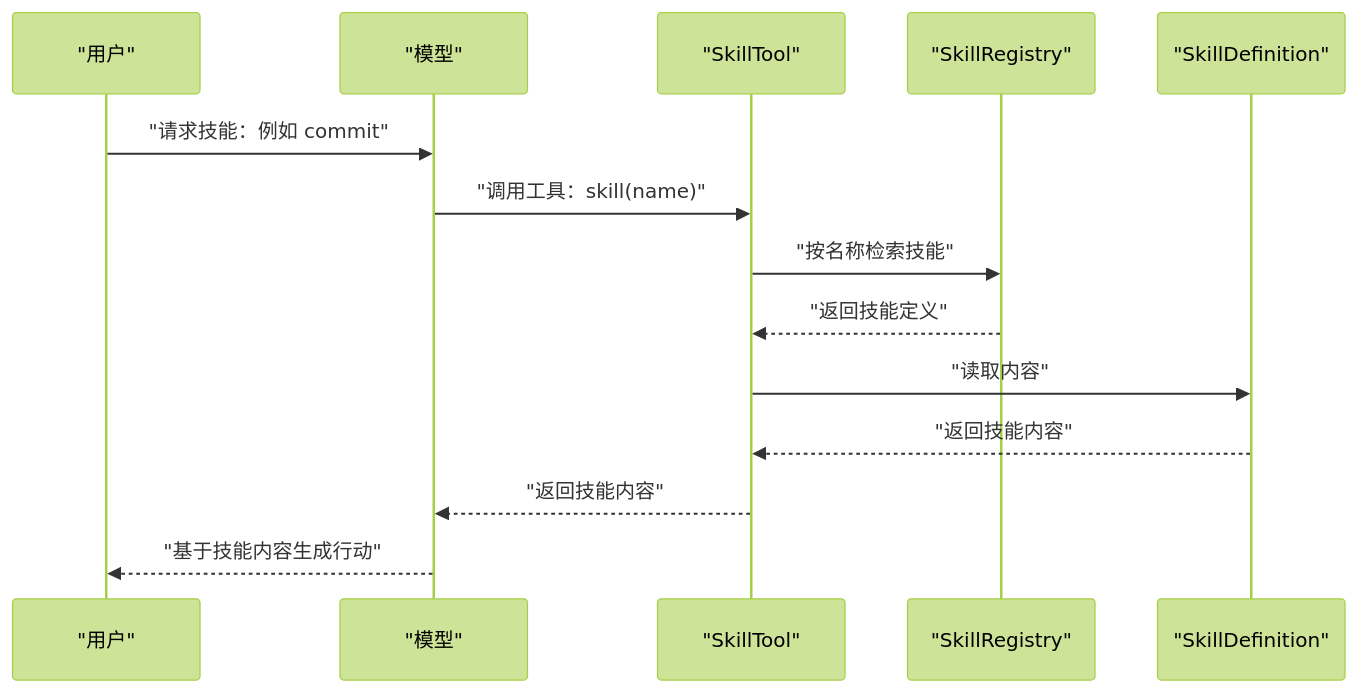
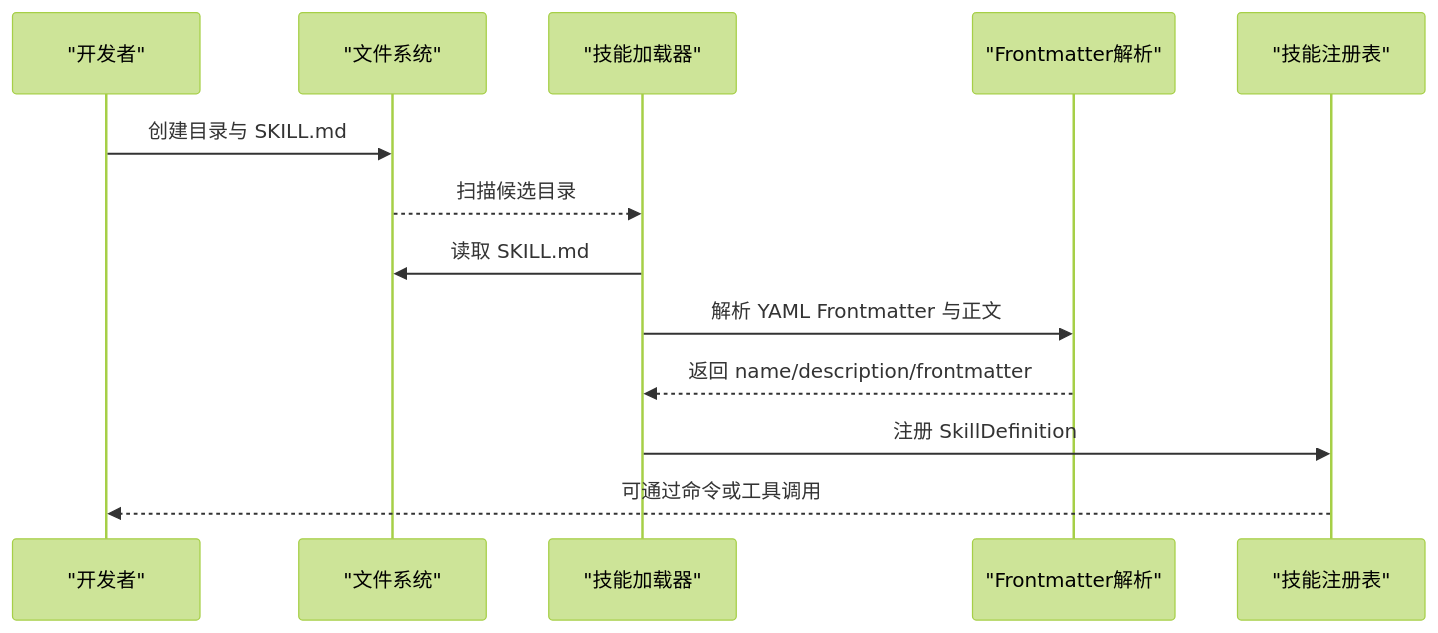
The second of 5 diagrams in .qoder/repowiki/zh/content/技能系统/技能开发指南.md (haolange/OpenHarness), drawn with Mermaid (forest theme) before and after one commit. The commit also changed other lines of this file and 222 other files, not shown here.

````diff
--- a/.qoder/repowiki/zh/content/技能系统/技能开发指南.md
+++ b/.qoder/repowiki/zh/content/技能系统/技能开发指南.md
@@ -109,16 +92,15 @@
 ```mermaid
 sequenceDiagram
-participant U as "用户"
-participant M as "模型"
-participant ST as "SkillTool"
-participant SR as "SkillRegistry"
-participant SK as "SkillDefinition"
-U->>M : "请求技能：例如 commit"
-M->>ST : "调用工具：skill(name)"
-ST->>SR : "按名称检索技能"
-SR-->>ST : "返回技能定义"
-ST->>SK : "读取内容"
-SK-->>ST : "返回技能内容"
-ST-->>M : "返回技能内容"
-M-->>U : "基于技能内容生成行动"
+participant Dev as "开发者"
+participant FS as "文件系统"
+participant Loader as "技能加载器"
+participant FM as "Frontmatter解析"
+participant Reg as "技能注册表"
+Dev->>FS : 创建目录与 SKILL.md
+FS-->>Loader : 扫描候选目录
+Loader->>FS : 读取 SKILL.md
+Loader->>FM : 解析 YAML Frontmatter 与正文
+FM-->>Loader : 返回 name/description/frontmatter
+Loader->>Reg : 注册 SkillDefinition
+Reg-->>Dev : 可通过命令或工具调用
 ```
````
